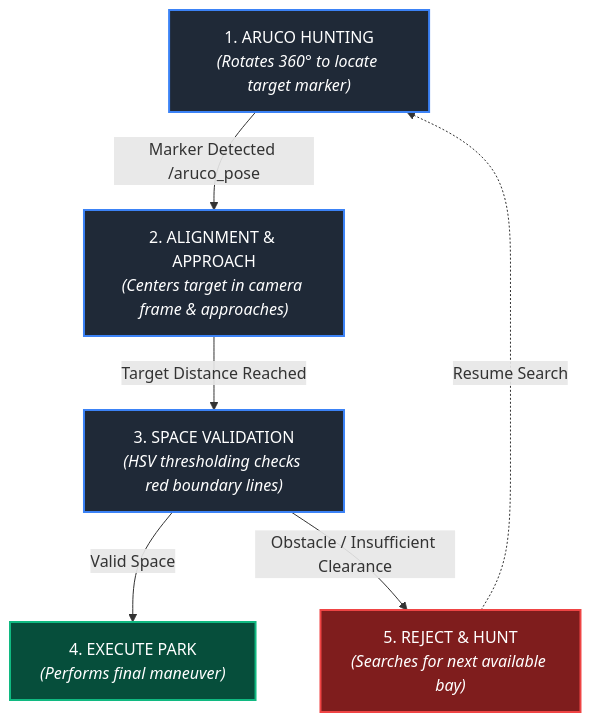
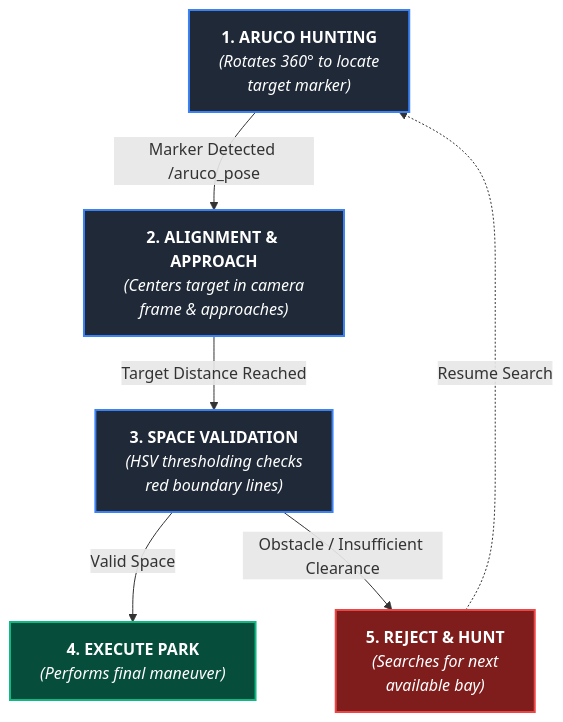
Before and after one commit to abed2k/autonomous-ai-parking-robot: the diagram in README.md, drawn with Mermaid.

````diff
--- a/README.md
+++ b/README.md
@@ -145,19 +145,19 @@
 ```mermaid
 flowchart TD
-    %% Define Styles
+    %% Define Styles with dynamic padding
     classDef stateStyle fill:#1f2937,stroke:#3b82f6,stroke-width:2px,color:#fff;
     classDef successStyle fill:#064e3b,stroke:#10b981,stroke-width:2px,color:#fff;
     classDef rejectStyle fill:#7f1d1d,stroke:#ef4444,stroke-width:2px,color:#fff;
 
-    State1["1. ARUCO HUNTING<br/><i>(Rotates 360° to locate target marker)</i>"]:::stateStyle
-    State2["2. ALIGNMENT & APPROACH<br/><i>(Centers target in camera frame & approaches)</i>"]:::stateStyle
-    State3["3. SPACE VALIDATION<br/><i>(HSV thresholding checks red boundary lines)</i>"]:::stateStyle
-    State4["4. EXECUTE PARK<br/><i>(Performs final maneuver)</i>"]:::successStyle
-    State5["5. REJECT & HUNT<br/><i>(Searches for next available bay)</i>"]:::rejectStyle
+    State1["<b>1. ARUCO HUNTING</b><br/><i>(Rotates 360° to locate<br/>target marker)</i>"]:::stateStyle
+    State2["<b>2. ALIGNMENT & APPROACH</b><br/><i>(Centers target in camera<br/>frame & approaches)</i>"]:::stateStyle
+    State3["<b>3. SPACE VALIDATION</b><br/><i>(HSV thresholding checks<br/>red boundary lines)</i>"]:::stateStyle
+    State4["<b>4. EXECUTE PARK</b><br/><i>(Performs final maneuver)</i>"]:::successStyle
+    State5["<b>5. REJECT & HUNT</b><br/><i>(Searches for next<br/>available bay)</i>"]:::rejectStyle
 
     State1 -->|Marker Detected /aruco_pose| State2
     State2 -->|Target Distance Reached| State3
     State3 -->|Valid Space| State4
     State3 -->|Obstacle / Insufficient Clearance| State5
     State5 -.->|Resume Search| State1
 ```
````
